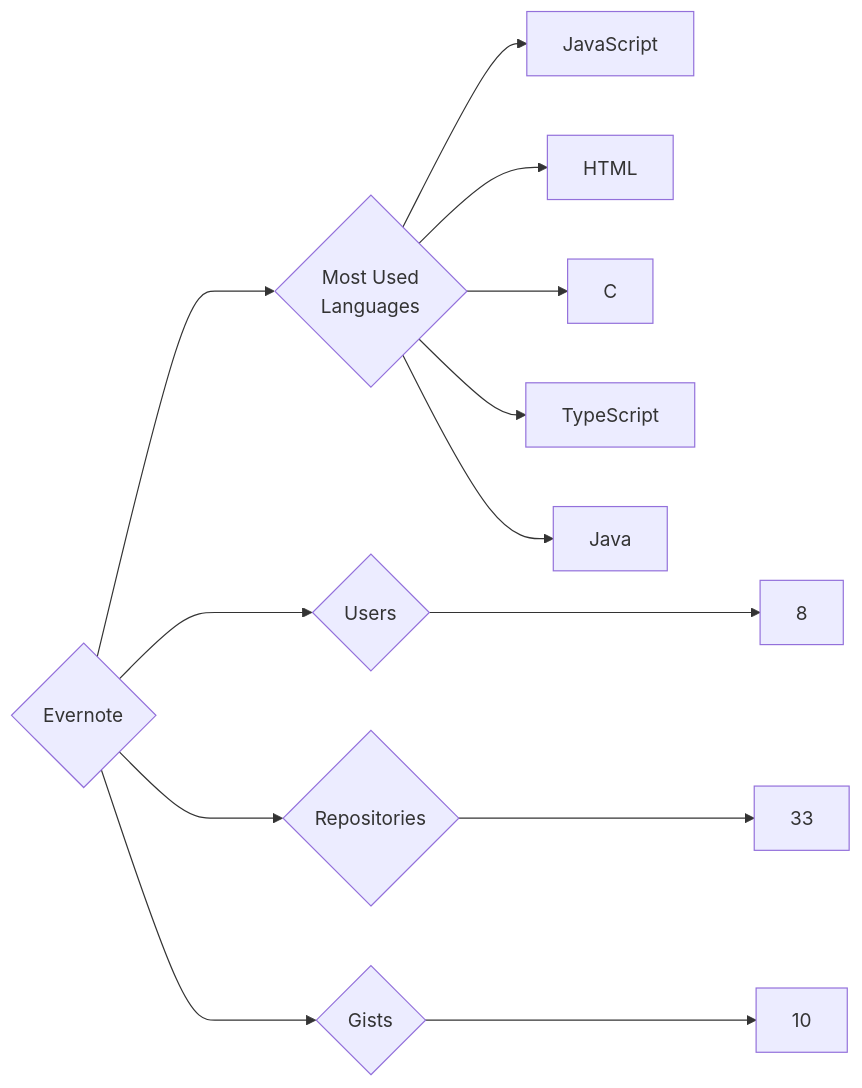
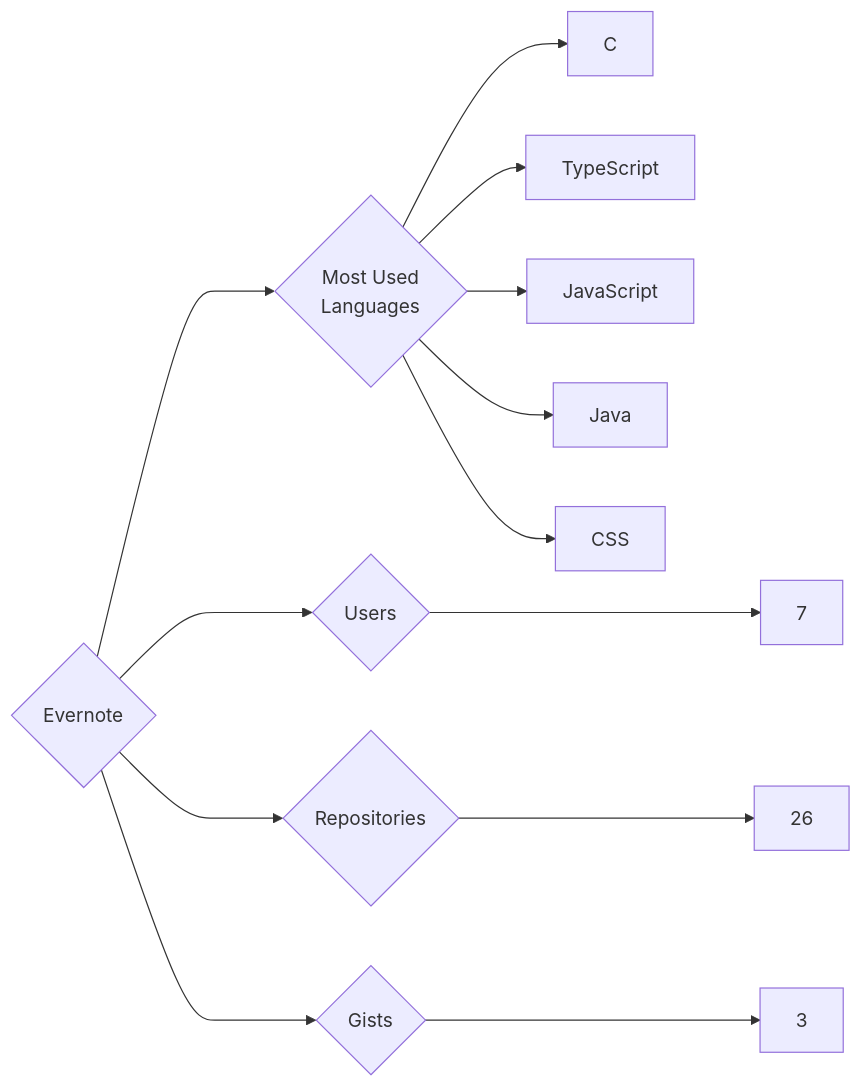
Before and after one commit to trickest/insiders: the diagram in targets/Evernote/README.md, drawn with Mermaid. The commit also changed 1084 other files, not shown here.

````diff
--- a/targets/Evernote/README.md
+++ b/targets/Evernote/README.md
@@ -3,13 +3,13 @@
 ```mermaid
 graph LR
 COMPANY_NAME{Evernote}
-COMPANY_NAME ---> U{Users} ---> UN[8]
-COMPANY_NAME ---> R{Repositories} ---> RN[33]
-COMPANY_NAME ---> G{Gists} ---> GN[10]
+COMPANY_NAME ---> U{Users} ---> UN[7]
+COMPANY_NAME ---> R{Repositories} ---> RN[26]
+COMPANY_NAME ---> G{Gists} ---> GN[3]
 COMPANY_NAME ---> ML{Most Used<br>Languages}
-ML --> JavaScript[JavaScript]
-ML --> HTML[HTML]
 ML --> C[C]
 ML --> TypeScript[TypeScript]
+ML --> JavaScript[JavaScript]
 ML --> Java[Java]
+ML --> CSS[CSS]
 ```
````
